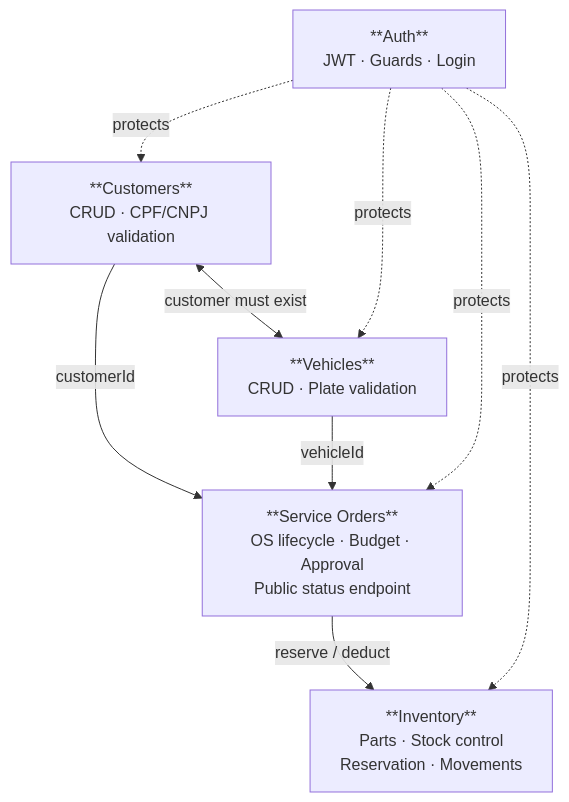
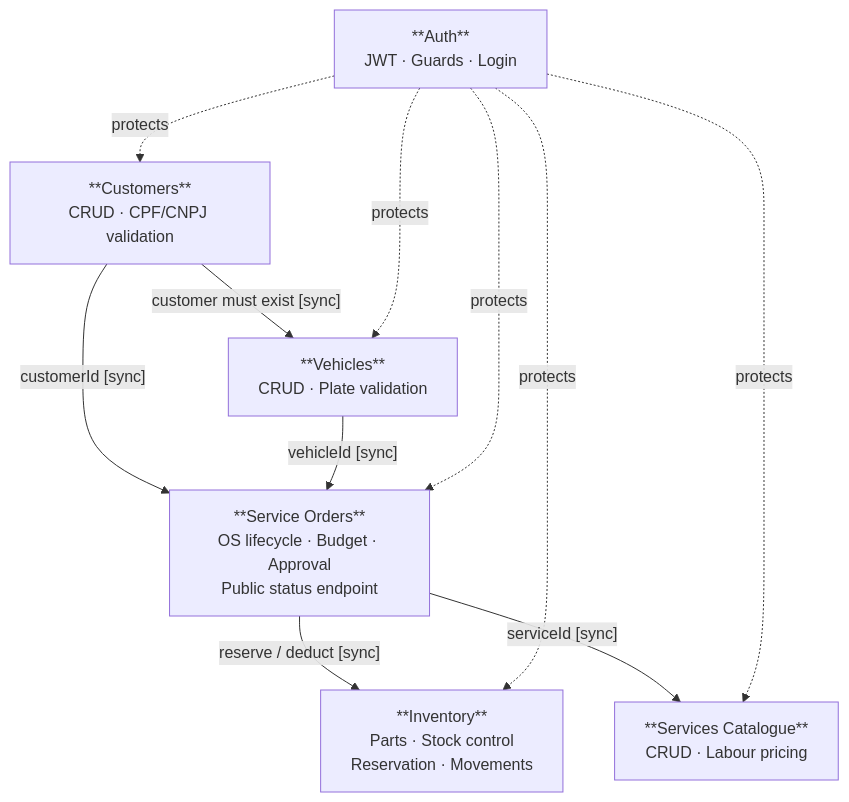
Before and after one commit to rnataoliveira/mechanics-software: the diagram in docs/domain/bounded-contexts.md, drawn with Mermaid. The commit also changed other lines of this file and 7 other files, not shown here.

````diff
--- a/docs/domain/bounded-contexts.md
+++ b/docs/domain/bounded-contexts.md
@@ -5,19 +5,22 @@
 ```mermaid
 graph TD
     Auth["**Auth**\nJWT · Guards · Login"]
 
     Customers["**Customers**\nCRUD · CPF/CNPJ validation"]
     Vehicles["**Vehicles**\nCRUD · Plate validation"]
+    ServicesCatalogue["**Services Catalogue**\nCRUD · Labour pricing"]
     ServiceOrders["**Service Orders**\nOS lifecycle · Budget · Approval\nPublic status endpoint"]
     Inventory["**Inventory**\nParts · Stock control\nReservation · Movements"]
 
-    Customers -->|customerId| ServiceOrders
-    Vehicles -->|vehicleId| ServiceOrders
-    ServiceOrders -->|reserve / deduct| Inventory
-    Customers <-->|customer must exist| Vehicles
+    Customers -->|"customerId [sync]"| ServiceOrders
+    Vehicles -->|"vehicleId [sync]"| ServiceOrders
+    ServiceOrders -->|"reserve / deduct [sync]"| Inventory
+    ServiceOrders -->|"serviceId [sync]"| ServicesCatalogue
+    Customers -->|"customer must exist [sync]"| Vehicles
 
     Auth -. protects .-> Customers
     Auth -. protects .-> Vehicles
+    Auth -. protects .-> ServicesCatalogue
     Auth -. protects .-> ServiceOrders
     Auth -. protects .-> Inventory
 ```
````
